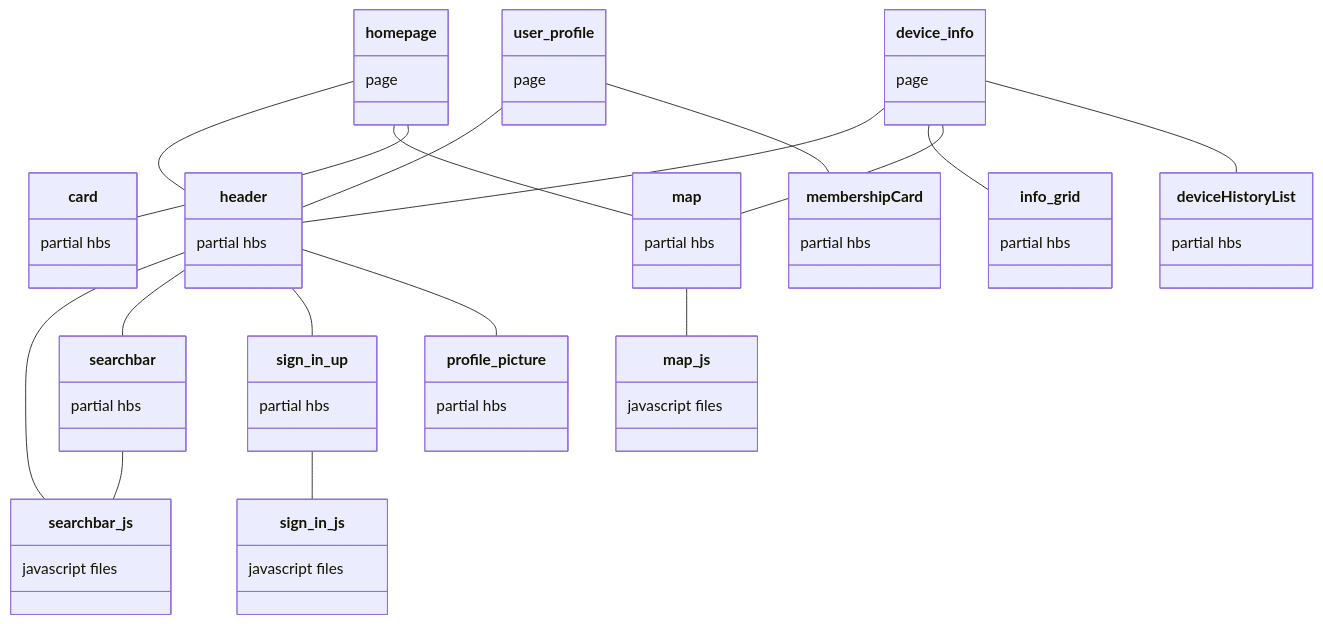
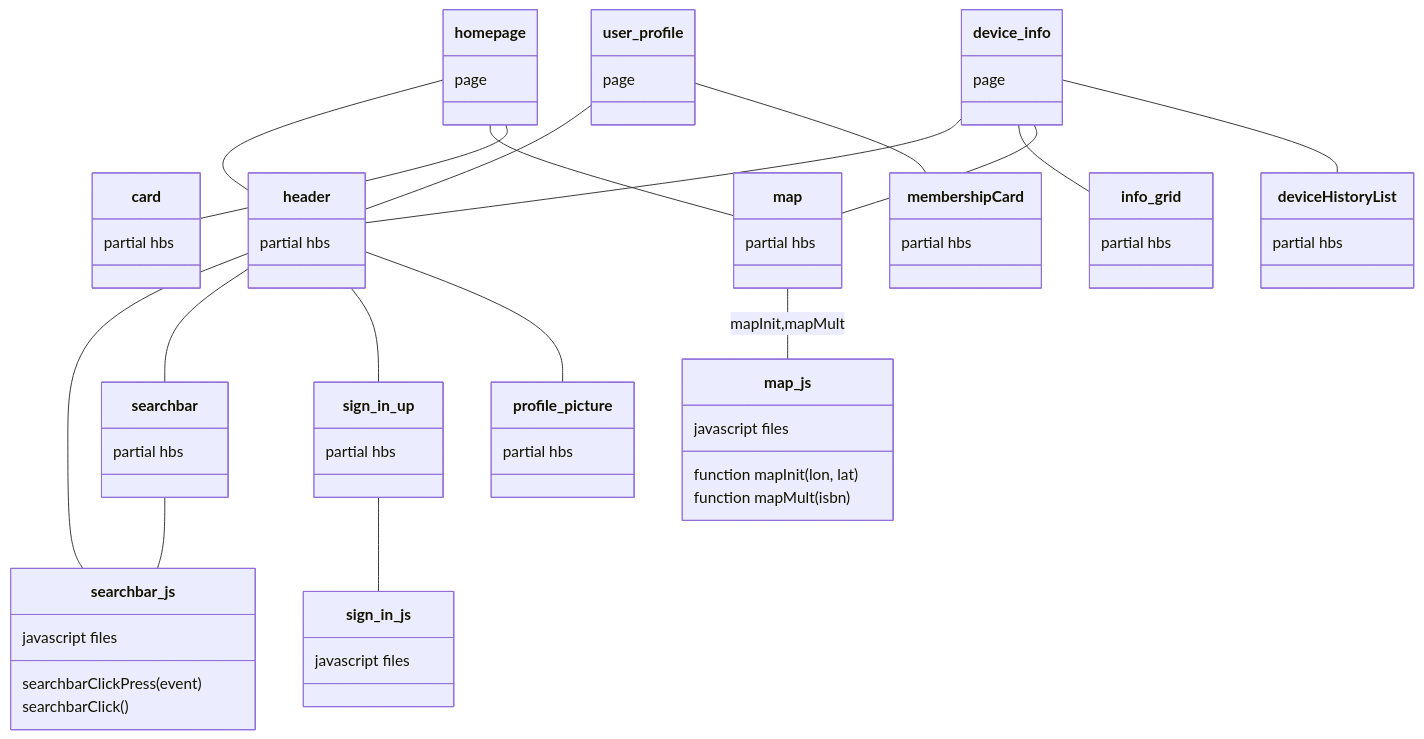
Before and after one commit to nikolasfil/IOT-Project-2023: the second of 3 diagrams in docs/documentation/general_documentation/node-website-hbs-call-graph.md, drawn with Mermaid. The commit also changed 8 other files, not shown here.

````diff
--- a/docs/documentation/general_documentation/node-website-hbs-call-graph.md
+++ b/docs/documentation/general_documentation/node-website-hbs-call-graph.md
@@ -89,45 +89,52 @@
 ```mermaid
 classDiagram 
 
 homepage: page
 device_info : page
 user_profile: page 
 
 searchbar: partial hbs
 sign_in_up: partial hbs
 header: partial hbs
 card : partial hbs
 map : partial hbs
 info_grid : partial hbs
 membershipCard : partial hbs
 deviceHistoryList : partial hbs
 profile_picture   : partial hbs
 
 searchbar_js : javascript files 
 map_js  : javascript files 
 sign_in_js : javascript files 
 
 homepage --  header 
 homepage --  map 
 homepage --  card 
 
 device_info --  header 
 device_info --  info_grid 
 device_info --  map 
 device_info --  deviceHistoryList 
 
 user_profile --  header
 user_profile --  membershipCard
 
 header -- searchbar_js
 header -- searchbar
 header --  sign_in_up
 header --  profile_picture
 
 
-map --  map_js 
 searchbar --  searchbar_js 
 sign_in_up --  sign_in_js
 
 
+searchbar_js : searchbarClickPress(event)
+searchbar_js : searchbarClick()
+
+map --  map_js : mapInit,mapMult
+
+map_js : function mapInit(lon, lat)
+map_js : function mapMult(isbn) 
+
 ```
````
